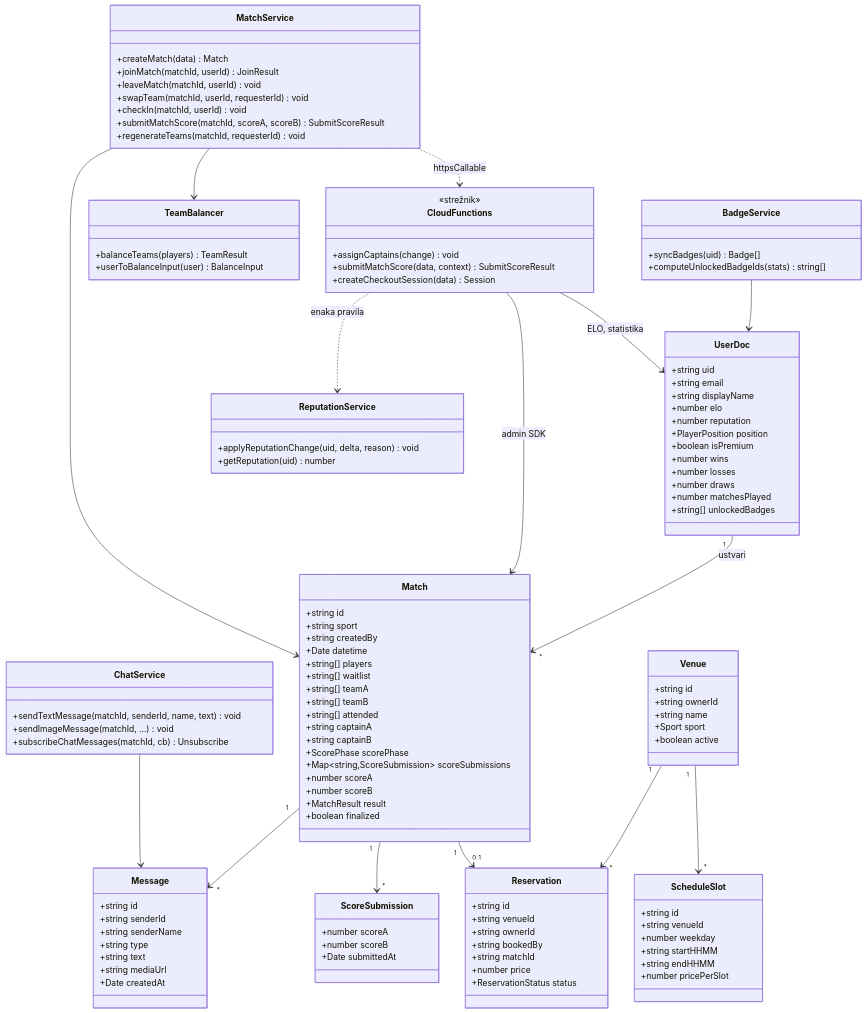
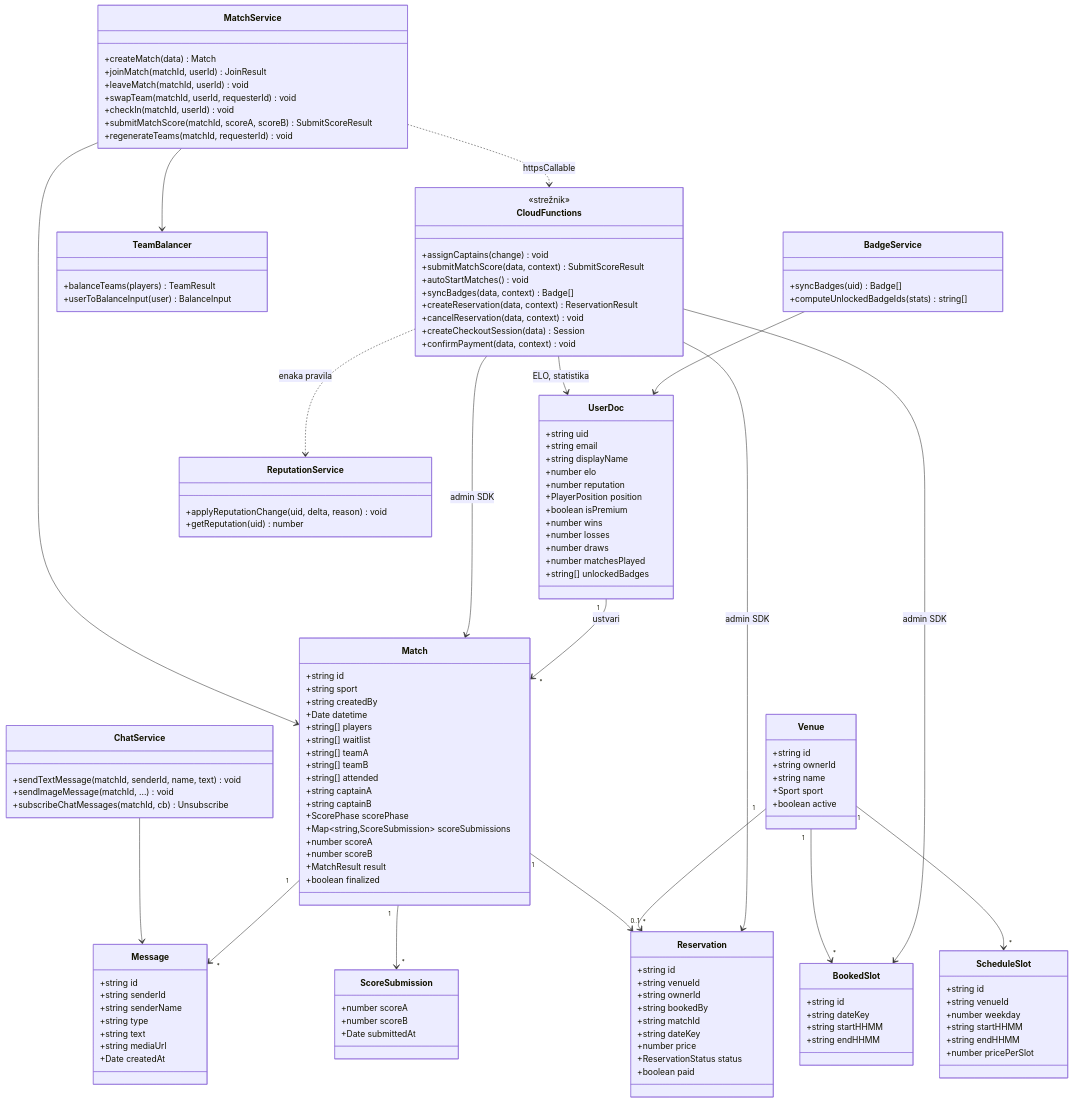
Before and after one commit to ninolisjak/gameon_projekt: the third of 12 diagrams in README.md, drawn with Mermaid. The commit also changed other lines of this file and 13 other files, not shown here.

````diff
--- a/README.md
+++ b/README.md
@@ -439,8 +452,17 @@
         +string ownerId
         +string bookedBy
         +string matchId
+        +string dateKey
         +number price
         +ReservationStatus status
+        +boolean paid
+    }
+
+    class BookedSlot {
+        +string id
+        +string dateKey
+        +string startHHMM
+        +string endHHMM
     }
 
     class MatchService {
@@ -457,7 +479,12 @@
         <<strežnik>>
         +assignCaptains(change) void
         +submitMatchScore(data, context) SubmitScoreResult
+        +autoStartMatches() void
+        +syncBadges(data, context) Badge[]
+        +createReservation(data, context) ReservationResult
+        +cancelReservation(data, context) void
         +createCheckoutSession(data) Session
+        +confirmPayment(data, context) void
     }
 
     class TeamBalancer {
@@ -494,5 +521,8 @@
     Match "1" --> "0..1" Reservation
     Venue "1" --> "*" ScheduleSlot
     Venue "1" --> "*" Reservation
+    Venue "1" --> "*" BookedSlot
+    CloudFunctions --> Reservation : admin SDK
+    CloudFunctions --> BookedSlot : admin SDK
     UserDoc "1" --> "*" Match : ustvari
 ```
````
